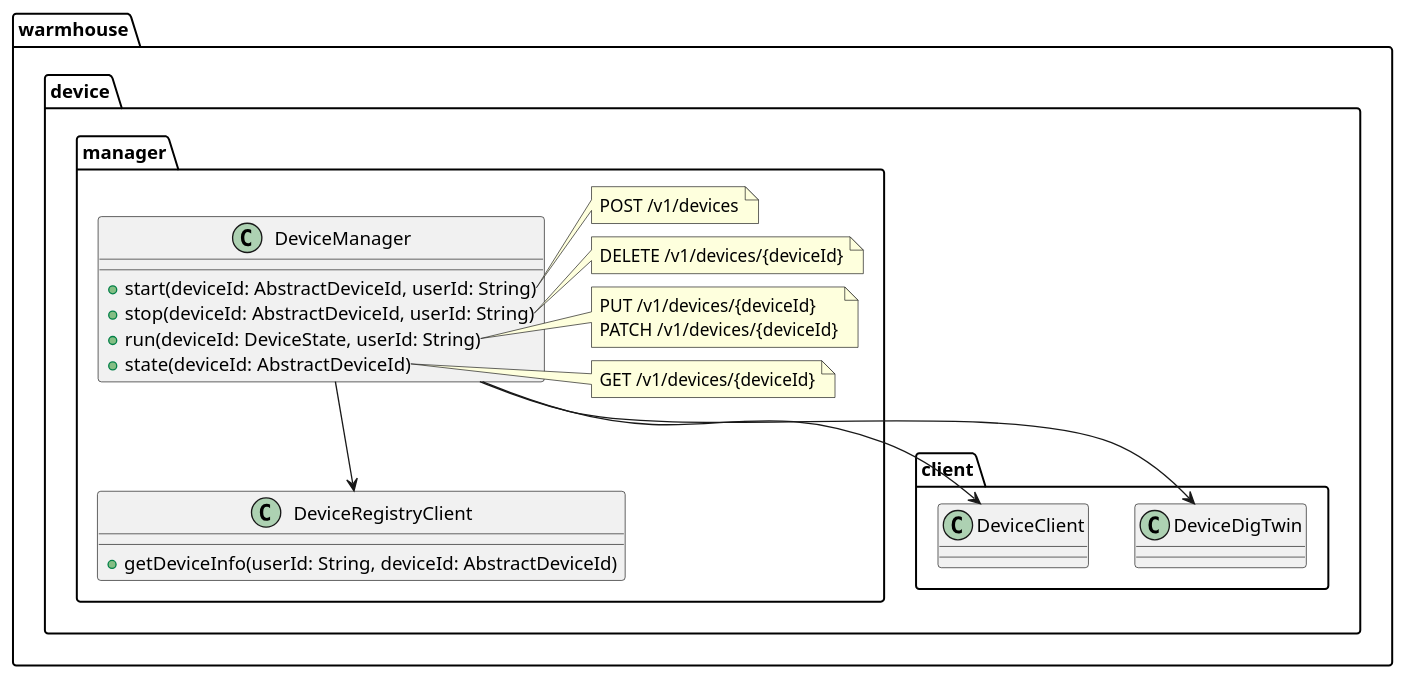
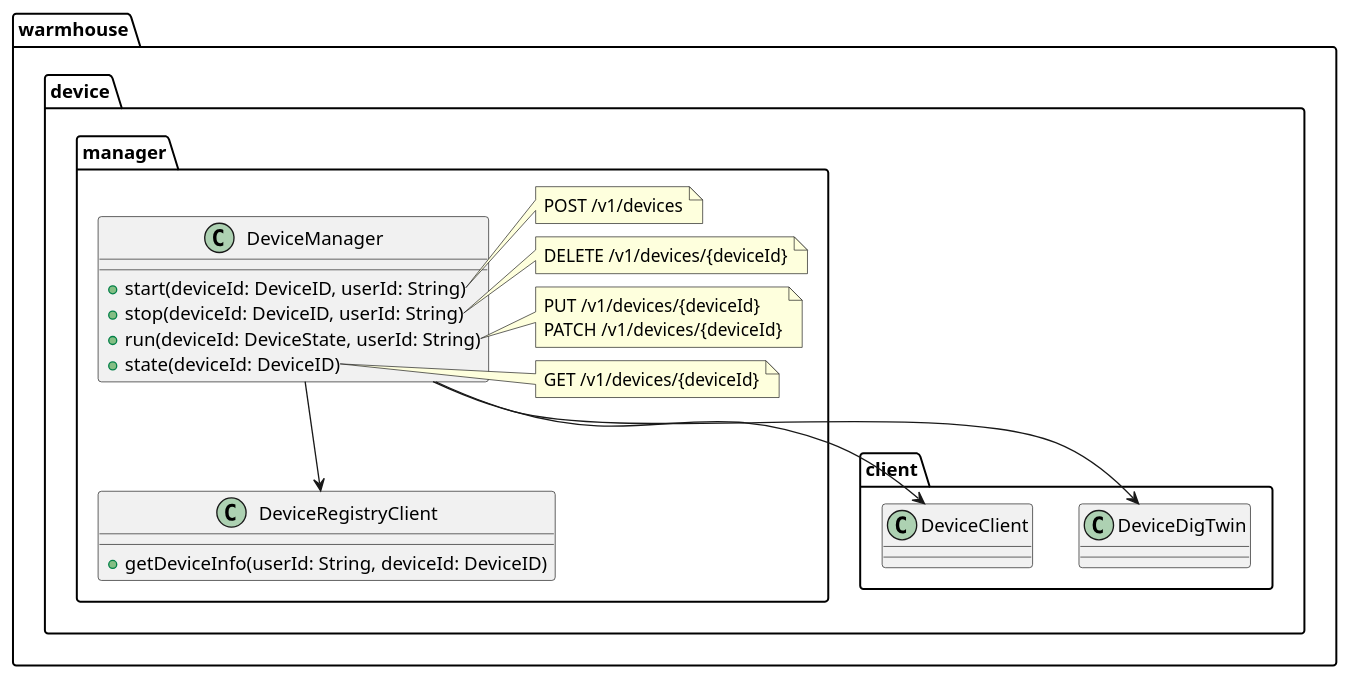
One commit to bitgorbovsky/yp-architecture-pro-warmhouse changed the diagram in schemas/services/devices-controller/code-device-manager.puml. Above: the diagram before and after it, drawn with PlantUML. The commit also changed 3 other files, not shown here.

```diff
--- a/schemas/services/devices-controller/code-device-manager.puml
+++ b/schemas/services/devices-controller/code-device-manager.puml
@@ -1,42 +1,42 @@
 @startuml
 
 package warmhouse.device.manager {
     class DeviceManager {
-        + start(deviceId: AbstractDeviceId, userId: String)
-        + stop(deviceId: AbstractDeviceId, userId: String)
+        + start(deviceId: DeviceID, userId: String)
+        + stop(deviceId: DeviceID, userId: String)
         + run(deviceId: DeviceState, userId: String)
-        + state(deviceId: AbstractDeviceId)
+        + state(deviceId: DeviceID)
     }
 
     class DeviceRegistryClient {
-        + getDeviceInfo(userId: String, deviceId: AbstractDeviceId)
+        + getDeviceInfo(userId: String, deviceId: DeviceID)
     }
 
     note right of DeviceManager::start
     POST /v1/devices
     end note
 
     note right of DeviceManager::stop
     DELETE /v1/devices/{deviceId}
     end note
 
     note right of DeviceManager::run
     PUT /v1/devices/{deviceId}
     PATCH /v1/devices/{deviceId}
     end note
 
     note right of DeviceManager::state
     GET /v1/devices/{deviceId}
     end note
 }
 
 package warmhouse.device.client {
     class DeviceDigTwin
     class DeviceClient
 }
 
 DeviceManager --> DeviceDigTwin
 DeviceManager --> DeviceClient
 DeviceManager --> DeviceRegistryClient
 
 @enduml
```
